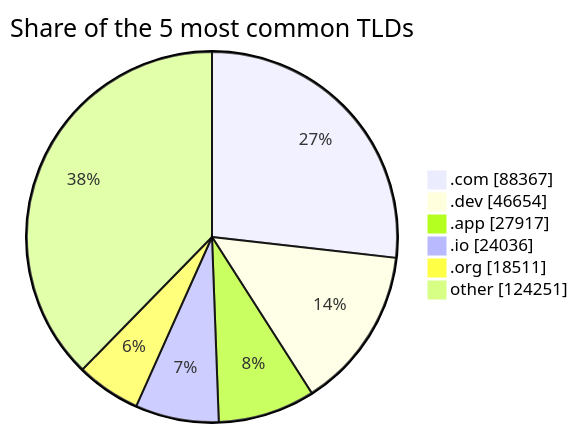
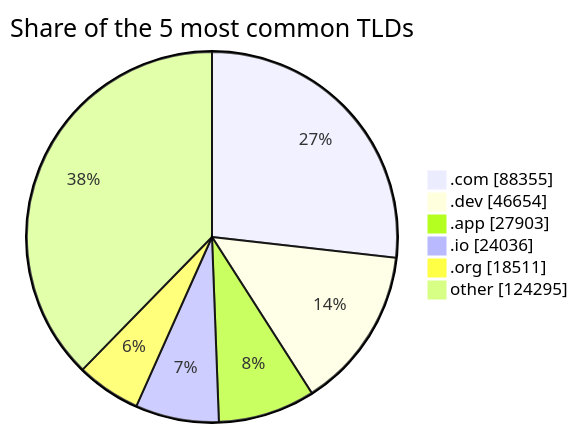
One commit to DNSBunker/CTI changed the third of 3 diagrams in README.md. Above: the diagram before and after it, drawn with Mermaid. The commit also changed other lines of this file and 3 other files, not shown here.

````diff
--- a/README.md
+++ b/README.md
@@ -81,9 +81,9 @@
 ```mermaid
 pie showData title Share of the 5 most common TLDs
-    ".com" : 88367
+    ".com" : 88355
     ".dev" : 46654
-    ".app" : 27917
+    ".app" : 27903
     ".io" : 24036
     ".org" : 18511
-    "other" : 124251
+    "other" : 124295
 ```
````
